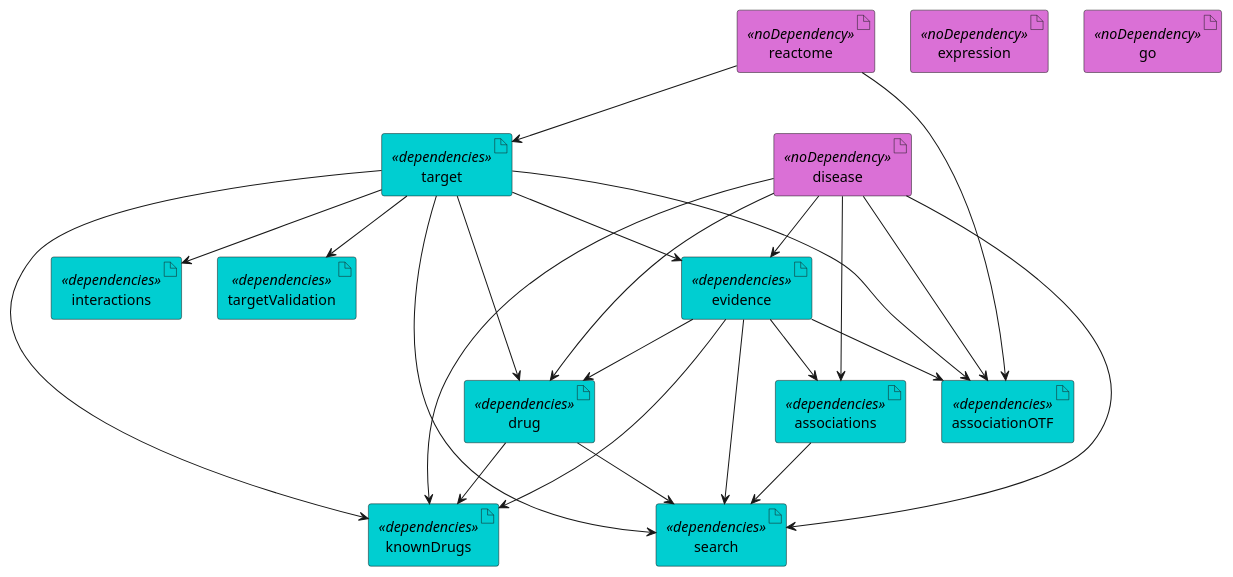
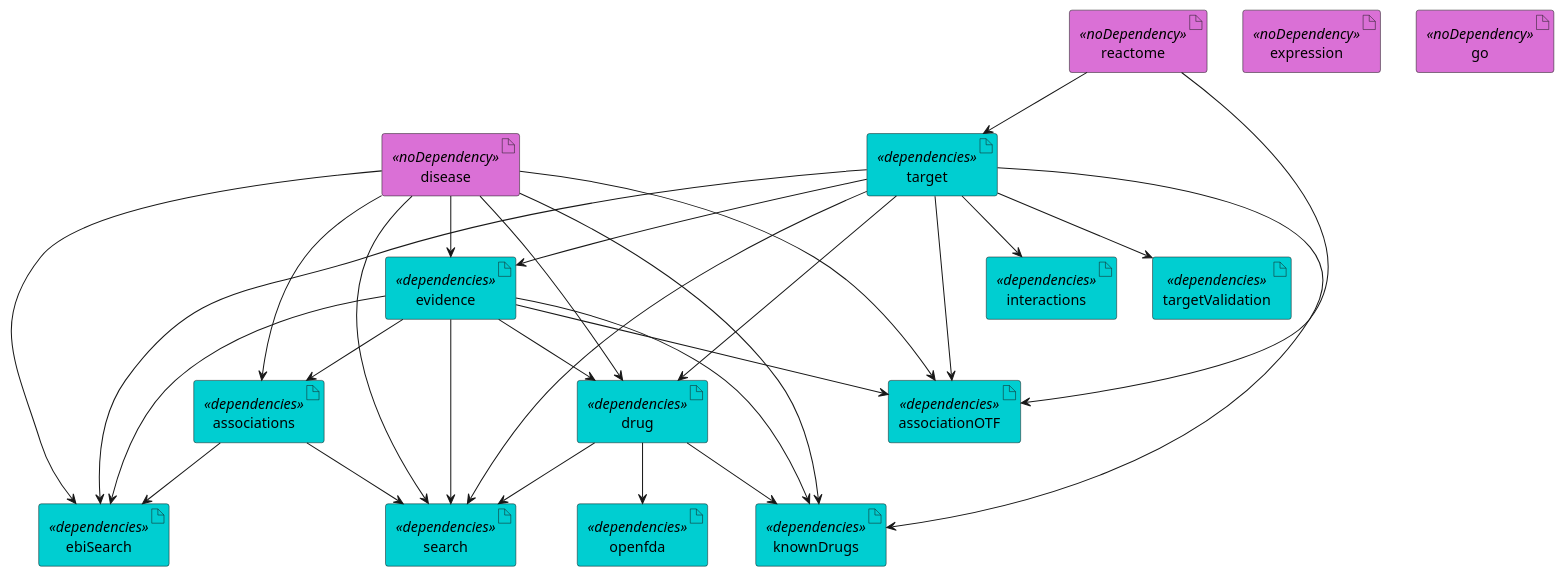
Before and after one commit to opentargets/platform-etl-backend: the diagram in documentation/etl_current.puml, drawn with PlantUML.

```diff
--- a/documentation/etl_current.puml
+++ b/documentation/etl_current.puml
@@ -1,56 +1,65 @@
 @startuml
 skinparam interface {
     backgroundColor<<input>> darkblue
     backgroundColor<<output>> cyan
 }
 skinparam artifact {
      backgroundColor<<noDependency>> orchid
      backgroundColor<<dependencies>> darkturquoise
  }
 ' steps
 artifact associations <<dependencies>>
 artifact associationOTF <<dependencies>>
 artifact disease <<noDependency>>
 artifact drug <<dependencies>>
 artifact evidence <<dependencies>>
 artifact expression <<noDependency>>
 artifact go <<noDependency>>
 artifact interactions <<dependencies>>
 artifact knownDrugs <<dependencies>>
 artifact targetValidation<<dependencies>>
 artifact reactome <<noDependency>>
 artifact search <<dependencies>>
 artifact target <<dependencies>>
+artifact openfda <<dependencies>>
+artifact ebiSearch <<dependencies>>
 
 reactome --> target
 
 evidence --> associations
 disease --> associations
 
 reactome --> associationOTF
 evidence --> associationOTF
 disease --> associationOTF
 target --> associationOTF
 
 target --> drug
 disease --> drug
 evidence --> drug
 target --> evidence
 disease --> evidence
 
 evidence --> knownDrugs
 disease --> knownDrugs
 target --> knownDrugs
 drug --> knownDrugs
 
 evidence --> search
 disease --> search
 target --> search
 drug --> search
 associations --> search
 
 target --> interactions
 
 target --> targetValidation
 
+drug --> openfda
+
+disease --> ebiSearch
+target --> ebiSearch
+evidence --> ebiSearch
+associations --> ebiSearch
+
 @enduml
```
